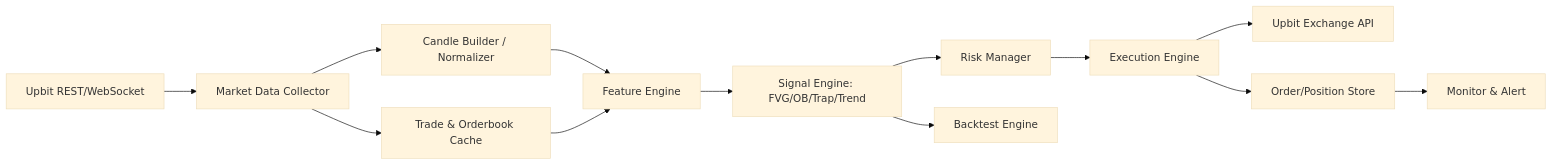
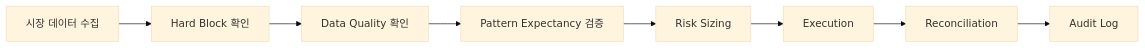
One commit to blackstarzck/Haley changed the diagram in upbit_auto_trading_strategy_spec.md. Above: the diagram before and after it, drawn with Mermaid (base theme). The commit also changed other lines of this file and 39 other files, not shown here.

````diff
--- a/upbit_auto_trading_strategy_spec.md
+++ b/upbit_auto_trading_strategy_spec.md
@@ -614,15 +55,10 @@
 ```mermaid
 flowchart LR
-    A["Upbit REST/WebSocket"] --> B["Market Data Collector"]
-    B --> C["Candle Builder / Normalizer"]
-    B --> D["Trade & Orderbook Cache"]
-    C --> E["Feature Engine"]
-    D --> E
-    E --> F["Signal Engine: FVG/OB/Trap/Trend"]
-    F --> G["Risk Manager"]
-    G --> H["Execution Engine"]
-    H --> I["Upbit Exchange API"]
-    H --> J["Order/Position Store"]
-    J --> K["Monitor & Alert"]
-    F --> L["Backtest Engine"]
+    A[시장 데이터 수집] --> B[Hard Block 확인]
+    B --> C[Data Quality 확인]
+    C --> D[Pattern Expectancy 검증]
+    D --> E[Risk Sizing]
+    E --> F[Execution]
+    F --> G[Reconciliation]
+    G --> H[Audit Log]
 ```
````
